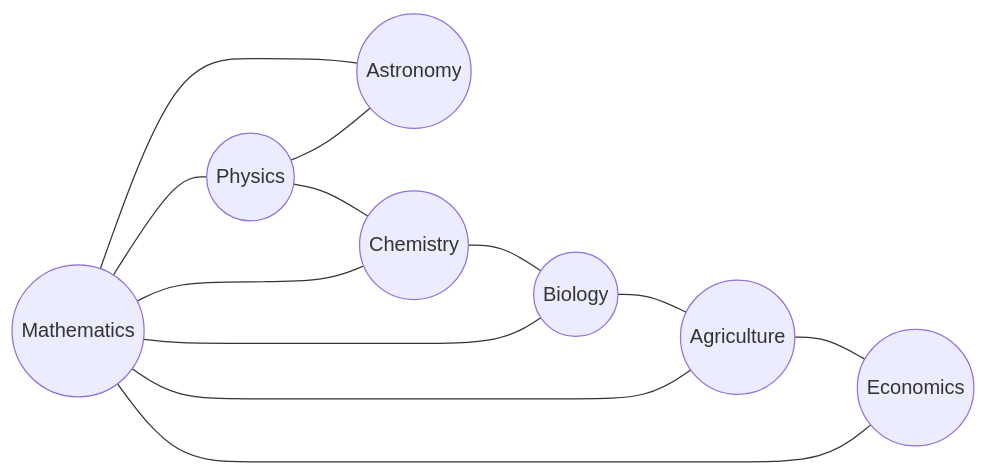
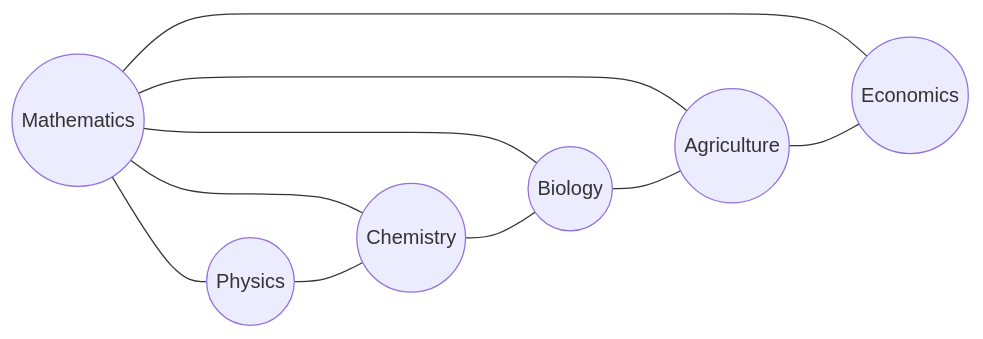
The diagram in README.md (dudung/moparc), drawn with Mermaid before and after one commit.

Commit message:
simplify again

````diff
--- a/README.md
+++ b/README.md
@@ -6,47 +6,47 @@
 ```mermaid
 flowchart LR
   %% links
-  math & phys --- astr
+  %%math & phys --- astr
   math --- phys & chem & biol & agri & econ
   phys --- chem --- biol --- agri  --- econ
   %%agri --- econ
   %%phys --- astr & aero
   %%phys & chem & biol --- agri & geol & phar
   %%chem & biol & phar --- medi
   %%math --- aero & astr & biol & chem & econ & geol & phys & phar
   %%aero --- astr
   %%math & phys ---- info --- stat --- econ
   %%math ----- stat
   %%geol & phys & econ ---- mine
   %% elements
   %%aero(( Aeronautics ))
   agri(( Agriculture ))
-  astr(( Astronomy ))
+  %%astr(( Astronomy ))
   biol(( Biology ))
   chem(( Chemistry ))
   econ(( Economics ))
   %%geol(( Geology ))
   %%info(( Informatics ))
   math(( Mathematics ))
   %%medi(( Medicine ))
   %%mine(( Mining ))
   %%phar(( Pharmacy))
   phys(( Physics ))
   %%stat(( Statistics ))
   %% pages
   %%click aero "https://github.com/dudung/moparc/tree/main/aero" _self
   click agri "https://github.com/dudung/moparc/tree/main/agri" _self
   click astr "https://github.com/dudung/moparc/tree/main/astr" _self
   click biol "https://github.com/dudung/moparc/tree/main/biol" _self
   click chem "https://github.com/dudung/moparc/tree/main/chem" _self
   click econ "https://github.com/dudung/moparc/tree/main/econ" _self
   %% click info "https://github.com/dudung/moparc/tree/main/info" _self
   %%click geol "https://github.com/dudung/moparc/tree/main/geol" _self
   click math "https://github.com/dudung/moparc/tree/main/math" _self
   %%click medi "https://github.com/dudung/moparc/tree/main/medi" _self
   %%click mine "https://github.com/dudung/moparc/tree/main/mine" _self
   %%click phar "https://github.com/dudung/moparc/tree/main/phar" _self
   click phys "https://github.com/dudung/moparc/tree/main/phys" _self
   %% click stat "https://github.com/dudung/moparc/tree/main/stat" _self
   %% styles
 ```
````
